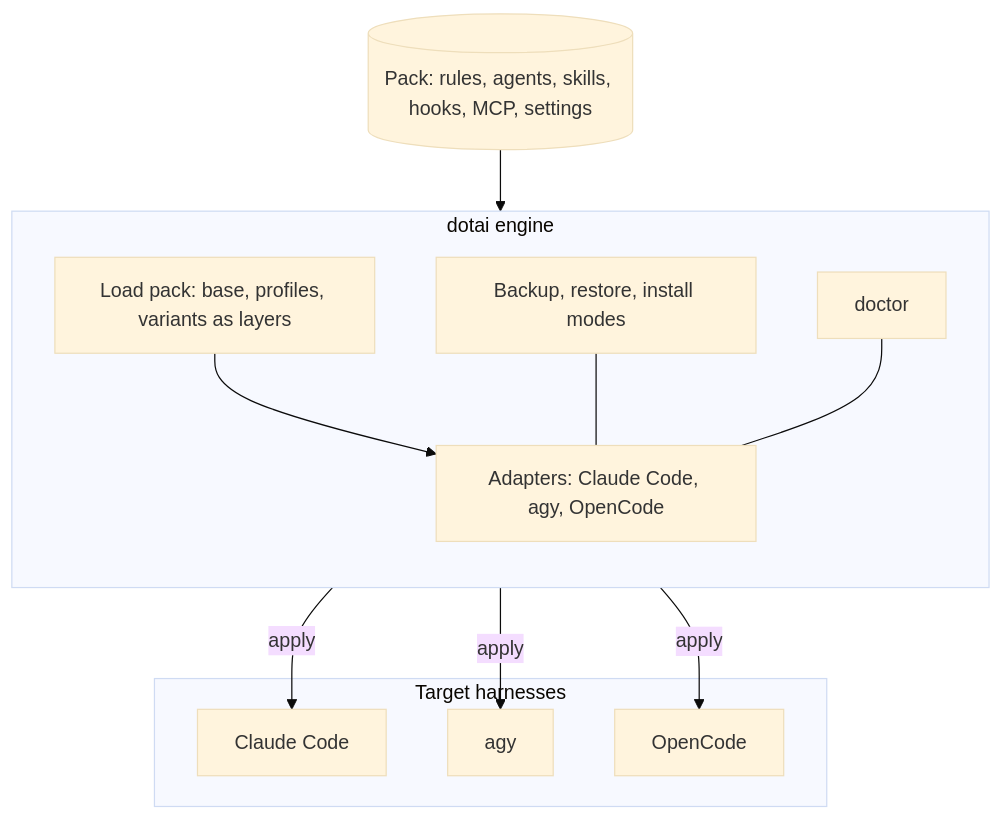
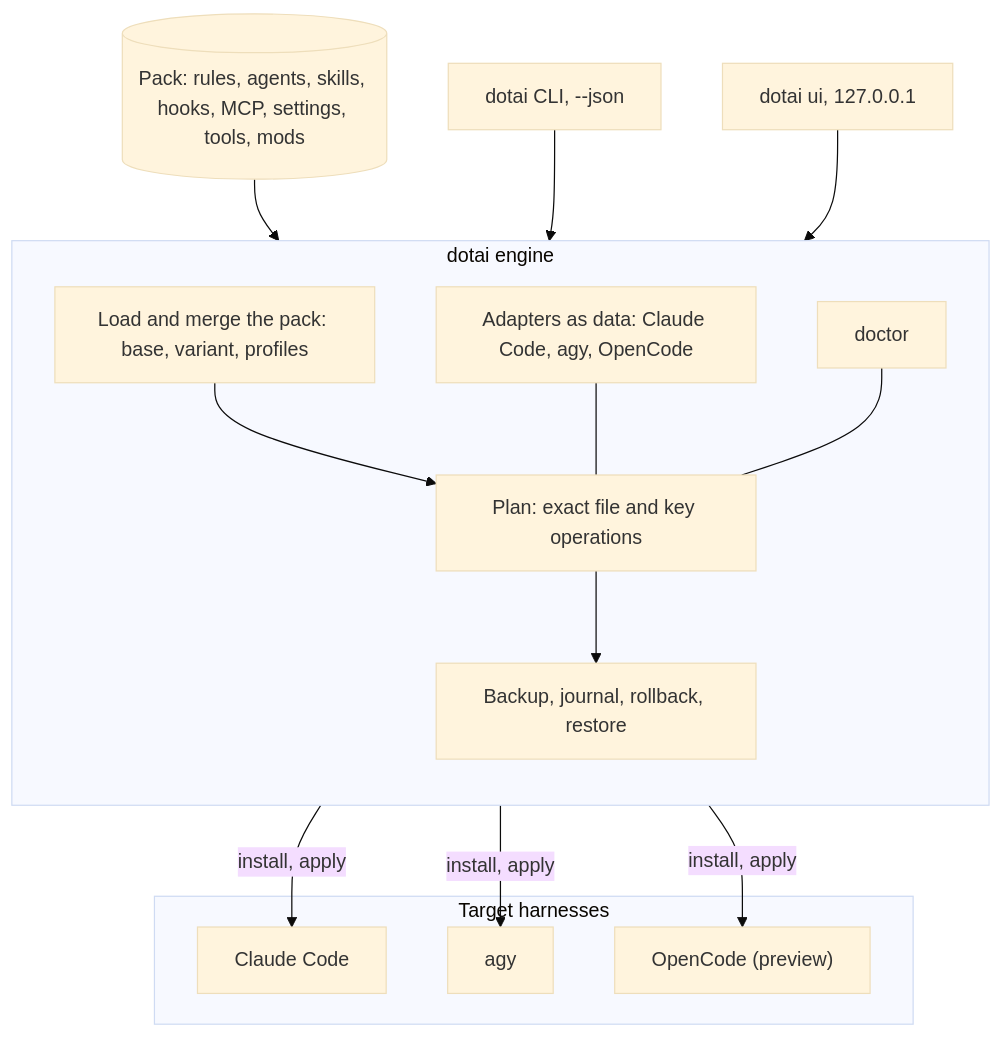
Before and after one commit to Lartweib/dotai: the first of 3 diagrams in docs/ARCHITECTURE.md, drawn with Mermaid (base theme). The commit also changed other lines of this file, not shown here.

Commit message:
docs: rewrite ARCHITECTURE against the code as built

````diff
--- a/docs/ARCHITECTURE.md
+++ b/docs/ARCHITECTURE.md
@@ -19,26 +19,30 @@
 ```mermaid
 flowchart TB
   subgraph DOTAI["dotai engine"]
     direction TB
-    LOAD["Load pack: base, profiles, variants as layers"]
-    ADP["Adapters: Claude Code, agy, OpenCode"]
-    SAFE["Backup, restore, install modes"]
+    LOAD["Load and merge the pack: base, variant, profiles"]
+    PLAN["Plan: exact file and key operations"]
+    SAFE["Backup, journal, rollback, restore"]
+    ADP["Adapters as data: Claude Code, agy, OpenCode"]
     DOC["doctor"]
-    LOAD --> ADP
-    SAFE --- ADP
-    DOC --- ADP
+    LOAD --> PLAN
+    ADP --- PLAN
+    PLAN --> SAFE
+    DOC --- PLAN
   end
 
-  PACK[("Pack: rules, agents, skills, hooks, MCP, settings")]
+  PACK[("Pack: rules, agents, skills, hooks, MCP, settings, tools, mods")]
   PACK --> LOAD
+  CLI["dotai CLI, --json"] --> DOTAI
+  UI["dotai ui, 127.0.0.1"] --> DOTAI
 
   subgraph HARNESS["Target harnesses"]
     CC["Claude Code"]
     AGY["agy"]
-    OC["OpenCode"]
+    OC["OpenCode (preview)"]
   end
 
-  DOTAI -- "apply" --> CC
-  DOTAI -- "apply" --> AGY
-  DOTAI -- "apply" --> OC
+  DOTAI -- "install, apply" --> CC
+  DOTAI -- "install, apply" --> AGY
+  DOTAI -- "install, apply" --> OC
 ```
````
